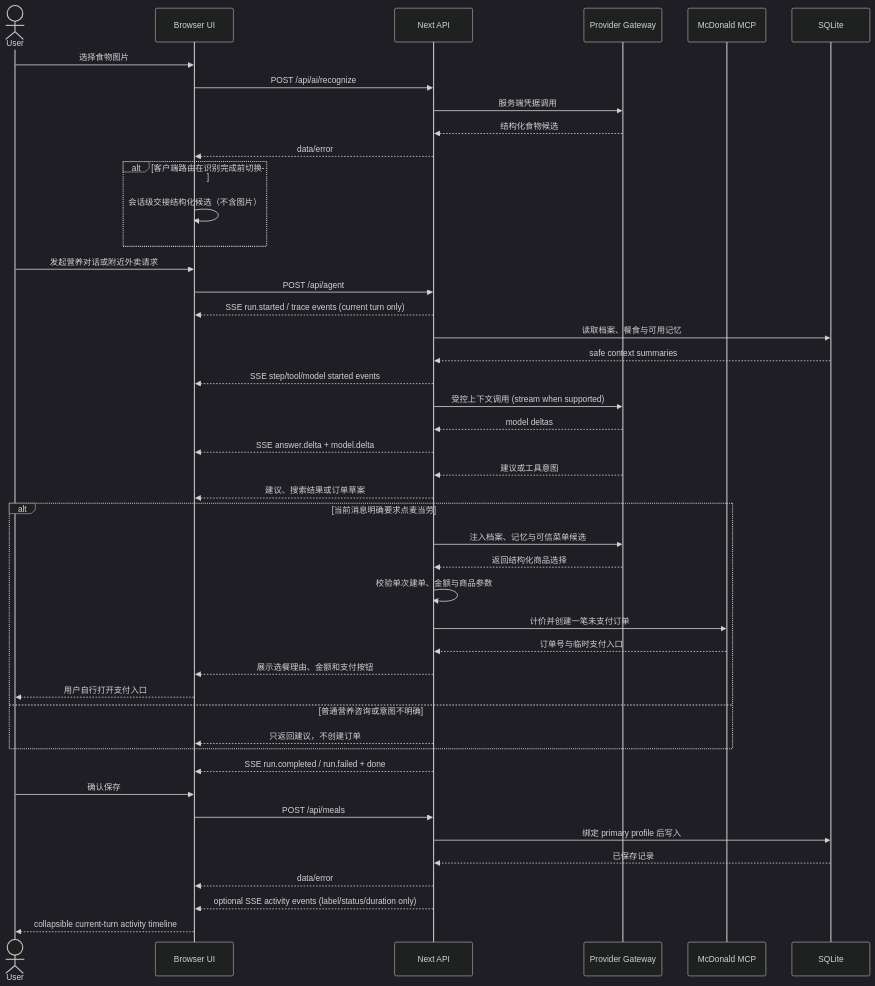
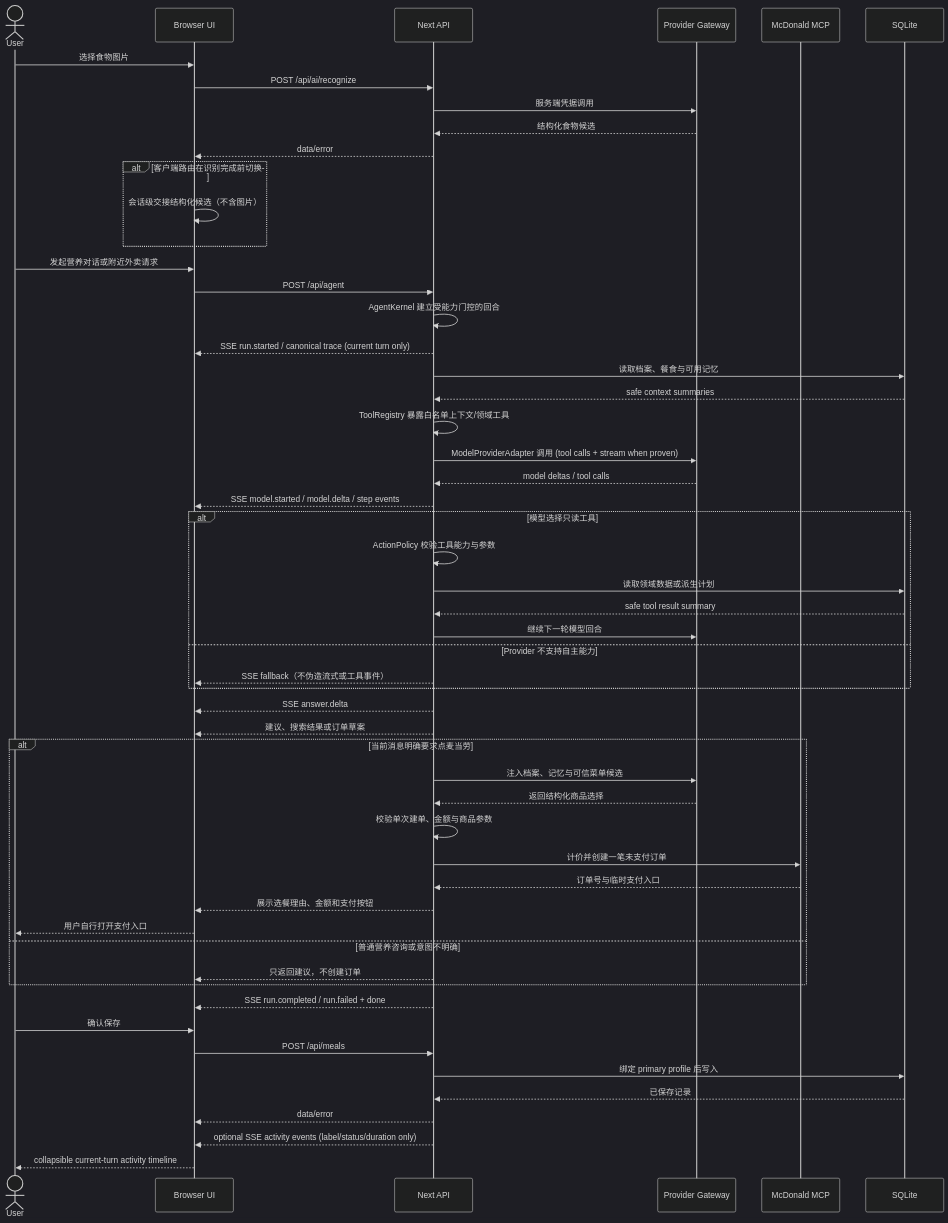
One commit to lehengzhangJacob/software_train changed the diagram in dev_repo/architecture/diagrams/runtime-flow.mmd. Above: the diagram before and after it, drawn with Mermaid (dark theme). The commit also changed 10 other files, not shown here.

Commit message:
docs(agent): amend runtime for autonomous kernel

```diff
--- a/dev_repo/architecture/diagrams/runtime-flow.mmd
+++ b/dev_repo/architecture/diagrams/runtime-flow.mmd
@@ -1,45 +1,54 @@
 sequenceDiagram
   actor User
   participant UI as Browser UI
   participant API as Next API
   participant AI as Provider Gateway
   participant MCP as McDonald MCP
   participant DB as SQLite
   User->>UI: 选择食物图片
   UI->>API: POST /api/ai/recognize
   API->>AI: 服务端凭据调用
   AI-->>API: 结构化食物候选
   API-->>UI: data/error
   alt 客户端路由在识别完成前切换
     UI->>UI: 会话级交接结构化候选（不含图片）
   end
   User->>UI: 发起营养对话或附近外卖请求
   UI->>API: POST /api/agent
-  API-->>UI: SSE run.started / trace events (current turn only)
+  API->>API: AgentKernel 建立受能力门控的回合
+  API-->>UI: SSE run.started / canonical trace (current turn only)
   API->>DB: 读取档案、餐食与可用记忆
   DB-->>API: safe context summaries
-  API-->>UI: SSE step/tool/model started events
-  API->>AI: 受控上下文调用 (stream when supported)
-  AI-->>API: model deltas
-  API-->>UI: SSE answer.delta + model.delta
-  AI-->>API: 建议或工具意图
+  API->>API: ToolRegistry 暴露白名单上下文/领域工具
+  API->>AI: ModelProviderAdapter 调用 (tool calls + stream when proven)
+  AI-->>API: model deltas / tool calls
+  API-->>UI: SSE model.started / model.delta / step events
+  alt 模型选择只读工具
+    API->>API: ActionPolicy 校验工具能力与参数
+    API->>DB: 读取领域数据或派生计划
+    DB-->>API: safe tool result summary
+    API->>AI: 继续下一轮模型回合
+  else Provider 不支持自主能力
+    API-->>UI: SSE fallback（不伪造流式或工具事件）
+  end
+  API-->>UI: SSE answer.delta
   API-->>UI: 建议、搜索结果或订单草案
   alt 当前消息明确要求点麦当劳
     API->>AI: 注入档案、记忆与可信菜单候选
     AI-->>API: 返回结构化商品选择
     API->>API: 校验单次建单、金额与商品参数
     API->>MCP: 计价并创建一笔未支付订单
     MCP-->>API: 订单号与临时支付入口
     API-->>UI: 展示选餐理由、金额和支付按钮
     UI-->>User: 用户自行打开支付入口
   else 普通营养咨询或意图不明确
     API-->>UI: 只返回建议，不创建订单
   end
   API-->>UI: SSE run.completed / run.failed + done
   User->>UI: 确认保存
   UI->>API: POST /api/meals
   API->>DB: 绑定 primary profile 后写入
   DB-->>API: 已保存记录
   API-->>UI: data/error
   API-->>UI: optional SSE activity events (label/status/duration only)
   UI-->>User: collapsible current-turn activity timeline
```
